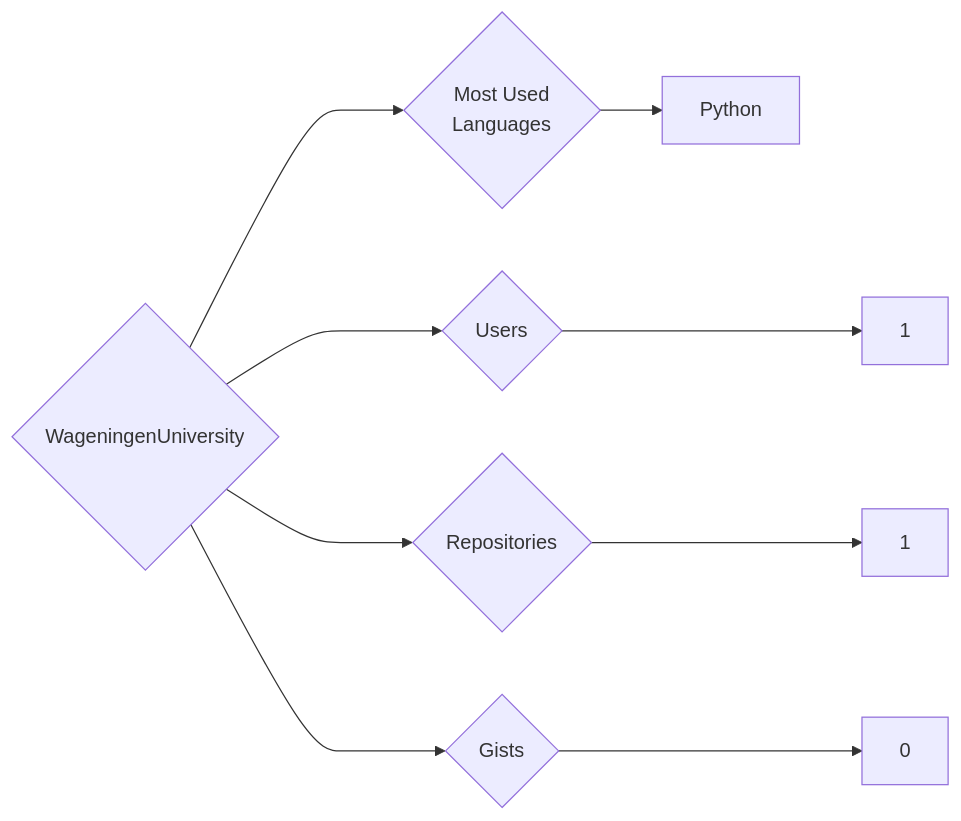
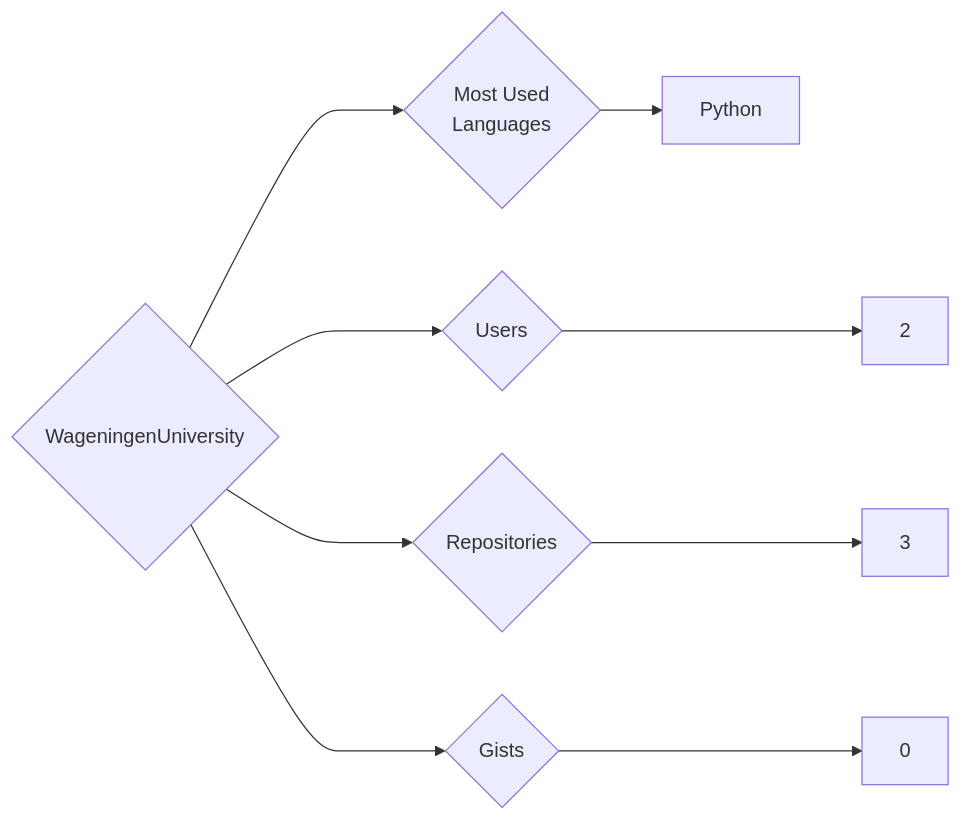
One commit to trickest/insiders changed the diagram in targets/WageningenUniversity/README.md. Above: the diagram before and after it, drawn with Mermaid. The commit also changed 1484 other files, not shown here.

````diff
--- a/targets/WageningenUniversity/README.md
+++ b/targets/WageningenUniversity/README.md
@@ -3,9 +3,9 @@
 ```mermaid
 graph LR
 COMPANY_NAME{WageningenUniversity}
-COMPANY_NAME ---> U{Users} ---> UN[1]
-COMPANY_NAME ---> R{Repositories} ---> RN[1]
+COMPANY_NAME ---> U{Users} ---> UN[2]
+COMPANY_NAME ---> R{Repositories} ---> RN[3]
 COMPANY_NAME ---> G{Gists} ---> GN[0]
 COMPANY_NAME ---> ML{Most Used<br>Languages}
 ML --> Python[Python]
 ```
````
